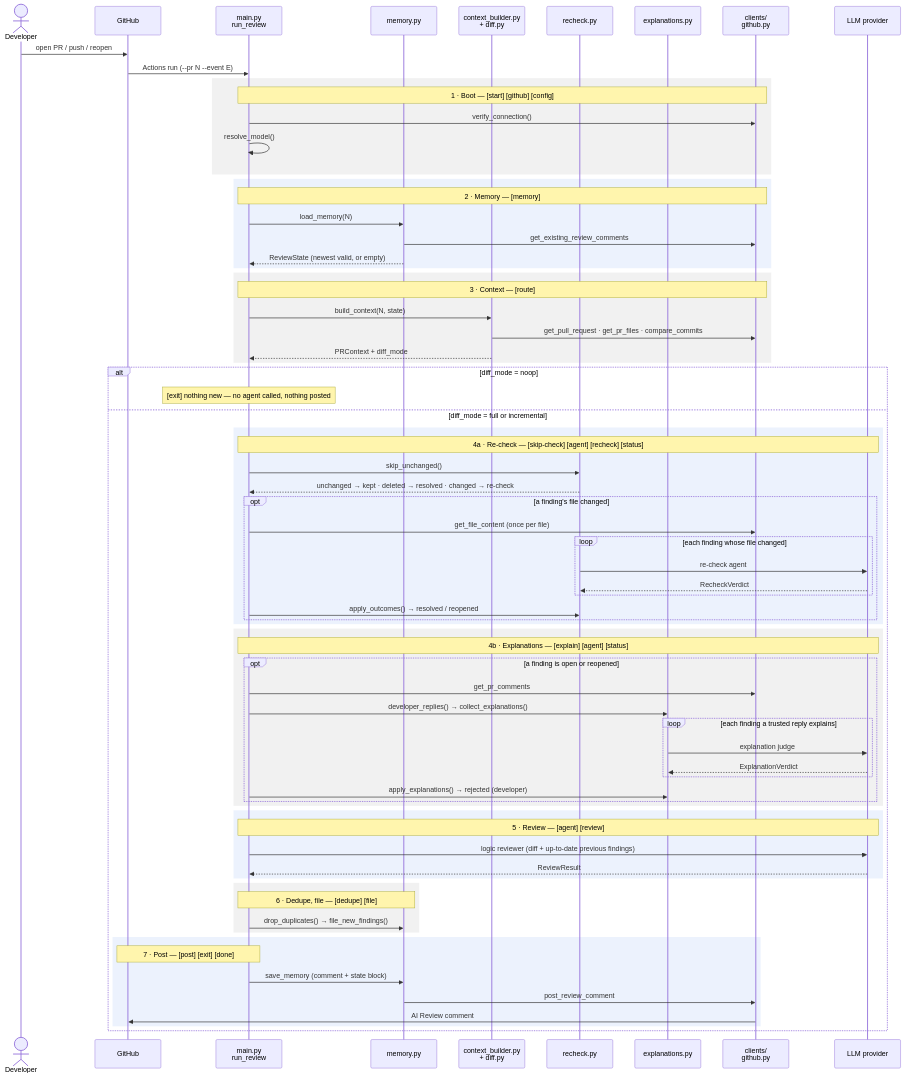
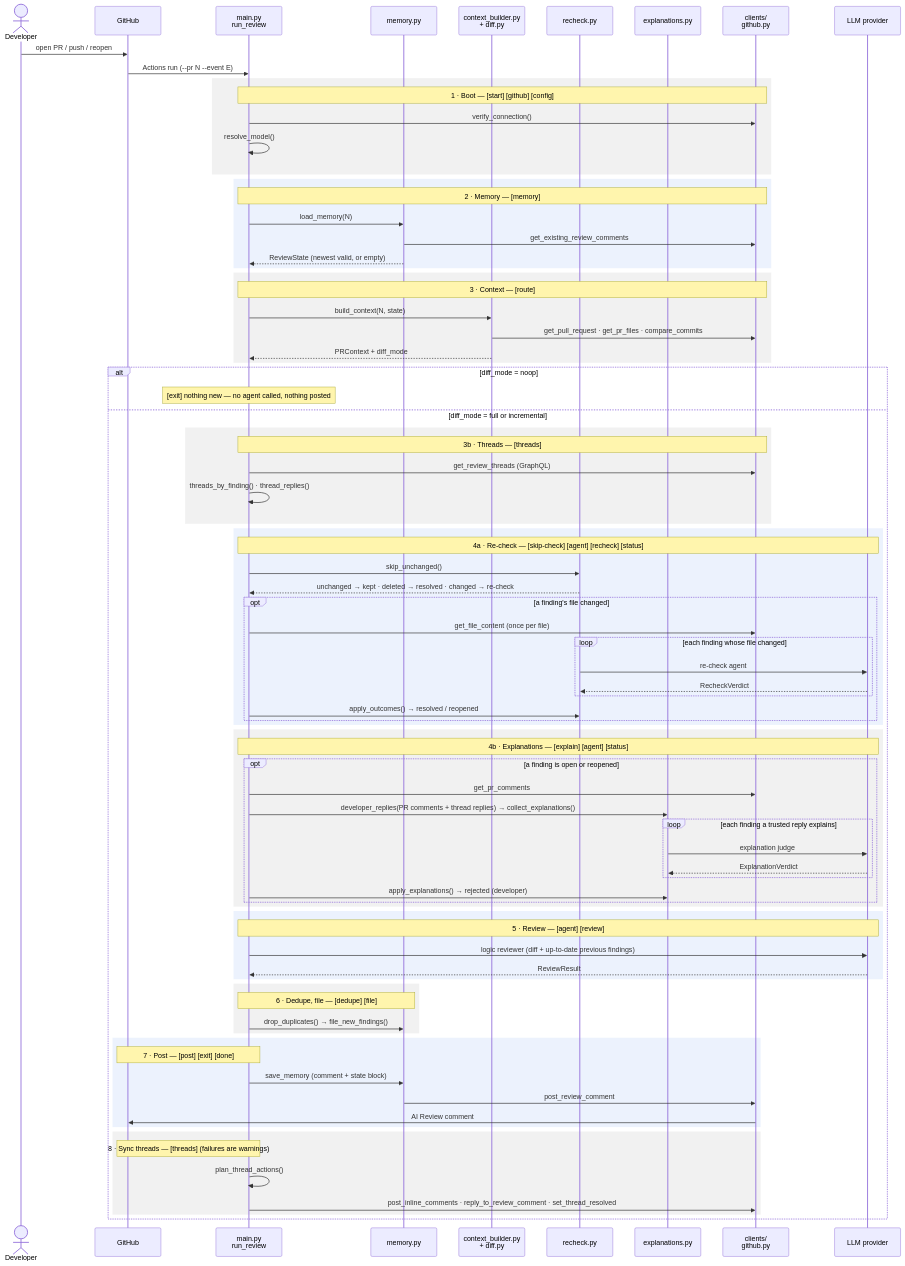
The ninth of 14 diagrams in docs/agentic-pr-review-system-design.v1.md (bryanChatsirichai/github_agentic_pr_reviewer), drawn with Mermaid before and after one commit. The commit also changed other lines of this file and 1 other file, not shown here.

First line of the commit message:
Docs: Record Step 9b build and live results; threads resolved by hand

````diff
--- a/docs/agentic-pr-review-system-design.v1.md
+++ b/docs/agentic-pr-review-system-design.v1.md
@@ -490,6 +494,12 @@
     alt diff_mode = noop
         Note over M: [exit] nothing new — no agent called, nothing posted
     else diff_mode = full or incremental
+        rect rgba(120, 120, 120, 0.10)
+            Note over M,GC: 3b · Threads — [threads]
+            M->>GC: get_review_threads (GraphQL)
+            M->>M: threads_by_finding() · thread_replies()
+        end
+
         rect rgba(70, 130, 230, 0.10)
             Note over M,LLM: 4a · Re-check — [skip-check] [agent] [recheck] [status]
             M->>RC: skip_unchanged()
@@ -508,7 +518,7 @@
             Note over M,LLM: 4b · Explanations — [explain] [agent] [status]
             opt a finding is open or reopened
                 M->>GC: get_pr_comments
-                M->>EX: developer_replies() → collect_explanations()
+                M->>EX: developer_replies(PR comments + thread replies) → collect_explanations()
                 loop each finding a trusted reply explains
                     EX->>LLM: explanation judge
                     LLM-->>EX: ExplanationVerdict
@@ -534,5 +544,11 @@
             MEM->>GC: post_review_comment
             GC->>GH: AI Review comment
         end
+
+        rect rgba(120, 120, 120, 0.10)
+            Note over M,GH: 8 · Sync threads — [threads] (failures are warnings)
+            M->>M: plan_thread_actions()
+            M->>GC: post_inline_comments · reply_to_review_comment · set_thread_resolved
+        end
     end
 ```
````
